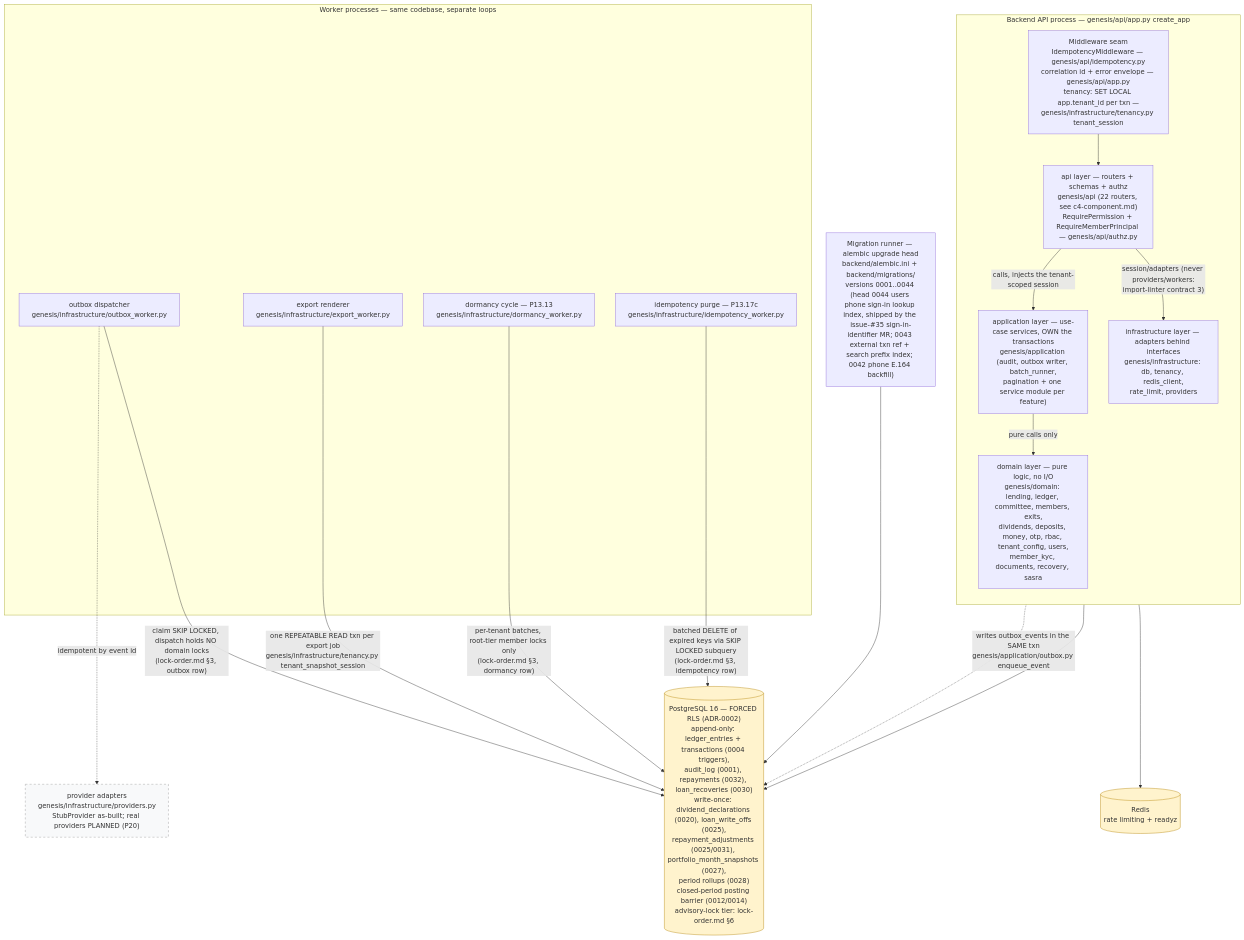
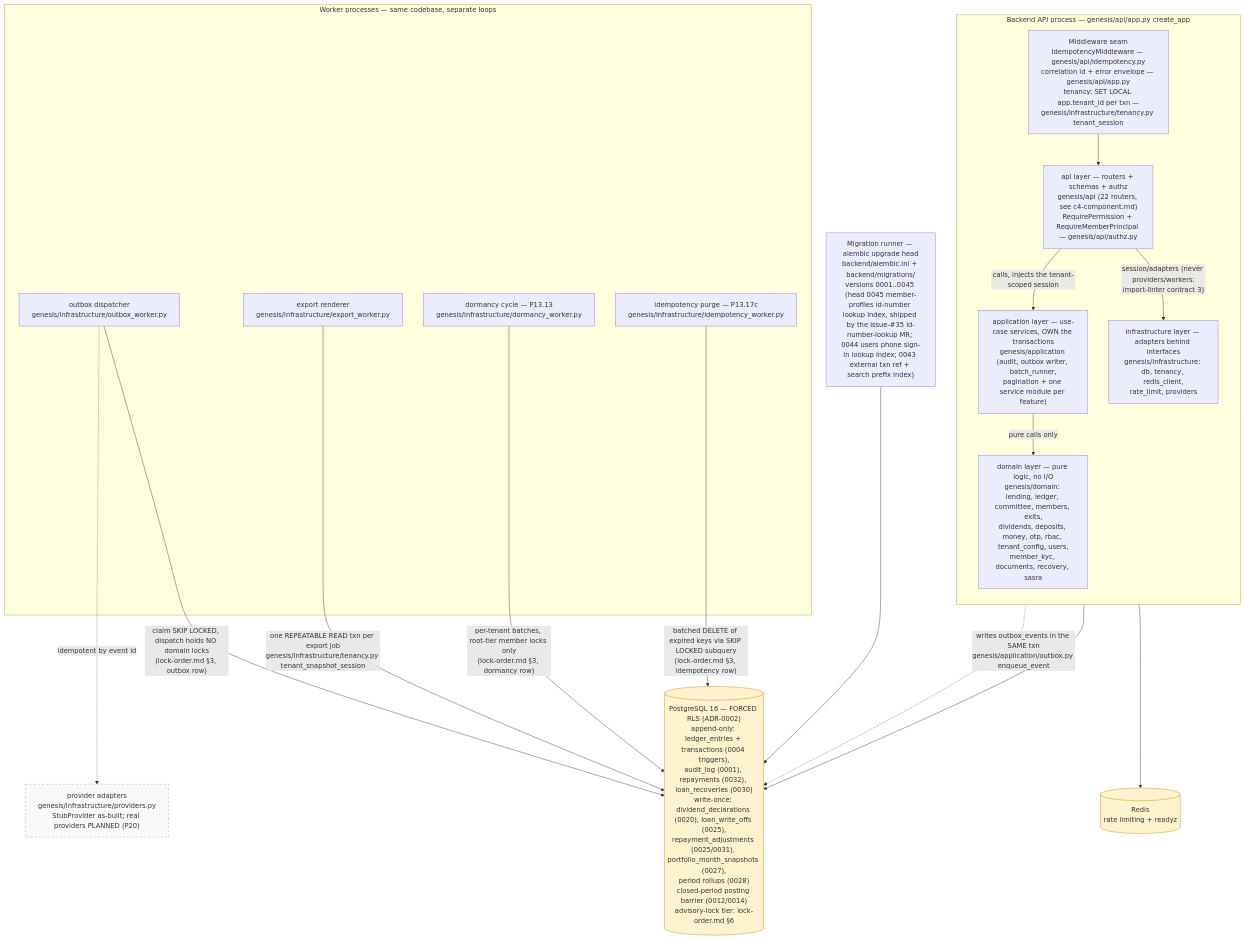
One commit to Benson-Kim/genesis-sacco-core changed the diagram in docs/diagrams/c4-container.md. Above: the diagram before and after it, drawn with Mermaid. The commit also changed other lines of this file and 6 other files, not shown here.

First line of the commit message:
feat: national-ID member lookup with its 0045 KYC expression index

````diff
--- a/docs/diagrams/c4-container.md
+++ b/docs/diagrams/c4-container.md
@@ -72,45 +76,45 @@
 ```mermaid
 flowchart TB
     %% Authored against main @ 08541b860f1445b16c342c39b6606d86b9dbeb17
     %% L2 containers — layering per backend/pyproject.toml [tool.importlinter].
 
     subgraph BE["Backend API process — genesis/api/app.py create_app"]
         direction TB
         MW["Middleware seam<br/>IdempotencyMiddleware — genesis/api/idempotency.py<br/>correlation id + error envelope — genesis/api/app.py<br/>tenancy: SET LOCAL app.tenant_id per txn —<br/>genesis/infrastructure/tenancy.py tenant_session"]
         APIL["api layer — routers + schemas + authz<br/>genesis/api (22 routers, see c4-component.md)<br/>RequirePermission + RequireMemberPrincipal — genesis/api/authz.py"]
         APPL["application layer — use-case services, OWN the transactions<br/>genesis/application (audit, outbox writer, batch_runner,<br/>pagination + one service module per feature)"]
         DOM["domain layer — pure logic, no I/O<br/>genesis/domain: lending, ledger, committee, members, exits,<br/>dividends, deposits, money, otp, rbac, tenant_config, users,<br/>member_kyc, documents, recovery, sasra"]
         INF["infrastructure layer — adapters behind interfaces<br/>genesis/infrastructure: db, tenancy, redis_client,<br/>rate_limit, providers"]
         MW --> APIL
         APIL -->|"calls, injects the tenant-scoped session"| APPL
         APPL -->|"pure calls only"| DOM
         APIL -->|"session/adapters (never providers/workers:<br/>import-linter contract 3)"| INF
     end
 
     subgraph WK["Worker processes — same codebase, separate loops"]
         OBW["outbox dispatcher<br/>genesis/infrastructure/outbox_worker.py"]
         EXW["export renderer<br/>genesis/infrastructure/export_worker.py"]
         DMW["dormancy cycle — P13.13<br/>genesis/infrastructure/dormancy_worker.py"]
         IDW["idempotency purge — P13.17c<br/>genesis/infrastructure/idempotency_worker.py"]
     end
 
-    MIG["Migration runner — alembic upgrade head<br/>backend/alembic.ini + backend/migrations/<br/>versions 0001..0044 (head 0044 users phone sign-in lookup index, shipped by the issue-#35 sign-in-identifier MR; 0043 external txn ref + search prefix index; 0042 phone E.164 backfill)"]
+    MIG["Migration runner — alembic upgrade head<br/>backend/alembic.ini + backend/migrations/<br/>versions 0001..0045 (head 0045 member-profiles id-number lookup index, shipped by the issue-#35 id-number-lookup MR; 0044 users phone sign-in lookup index; 0043 external txn ref + search prefix index)"]
 
     PG[("PostgreSQL 16 — FORCED RLS (ADR-0002)<br/>append-only: ledger_entries + transactions (0004 triggers),<br/>audit_log (0001), repayments (0032), loan_recoveries (0030)<br/>write-once: dividend_declarations (0020), loan_write_offs (0025),<br/>repayment_adjustments (0025/0031), portfolio_month_snapshots (0027),<br/>period rollups (0028)<br/>closed-period posting barrier (0012/0014)<br/>advisory-lock tier: lock-order.md §6")]
     RD[("Redis<br/>rate limiting + readyz")]
 
     APPL -.->|"writes outbox_events in the SAME txn<br/>genesis/application/outbox.py enqueue_event"| PG
     INF --> PG
     INF --> RD
     OBW -->|"claim SKIP LOCKED, dispatch holds NO domain locks<br/>(lock-order.md §3, outbox row)"| PG
     EXW -->|"one REPEATABLE READ txn per export job<br/>genesis/infrastructure/tenancy.py tenant_snapshot_session"| PG
     DMW -->|"per-tenant batches, root-tier member locks only<br/>(lock-order.md §3, dormancy row)"| PG
     IDW -->|"batched DELETE of expired keys via SKIP LOCKED subquery<br/>(lock-order.md §3, idempotency row)"| PG
     OBW -.->|"idempotent by event id"| PROV["provider adapters<br/>genesis/infrastructure/providers.py<br/>StubProvider as-built; real providers PLANNED (P20)"]
     MIG --> PG
 
     classDef store fill:#fff3cd,stroke:#b8860b;
     class PG,RD store;
     classDef planned fill:#f8f9fa,stroke:#999,stroke-dasharray: 5 5;
     class PROV planned;
 ```
````
